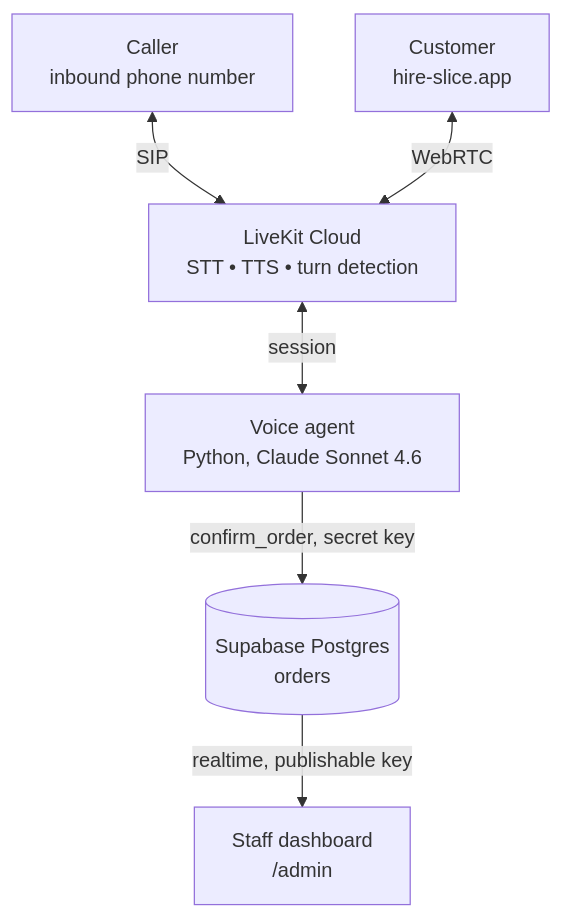
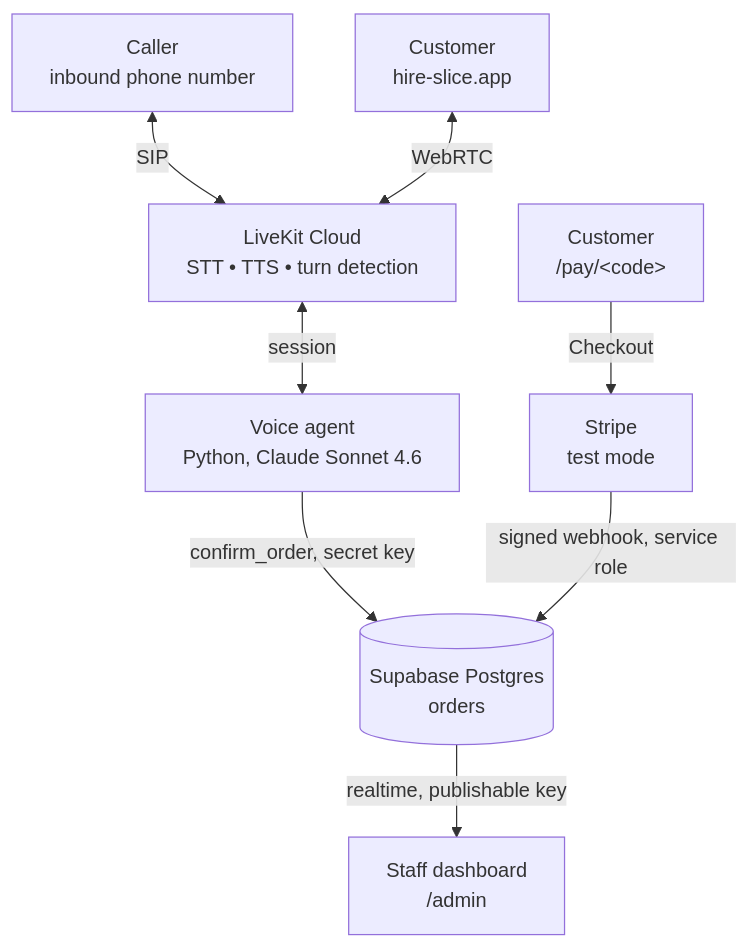
The diagram in README.md (matt2yu/livekit-demo), drawn with Mermaid before and after one commit. The commit also changed other lines of this file and 8 other files, not shown here.

````diff
--- a/README.md
+++ b/README.md
@@ -11,8 +11,10 @@
 ```mermaid
 flowchart TD
   Phone["Caller<br/>inbound phone number"] <-->|SIP| LK["LiveKit Cloud<br/>STT • TTS • turn detection"]
   Web["Customer<br/>hire-slice.app"] <-->|WebRTC| LK
   LK <-->|session| Agent["Voice agent<br/>Python, Claude Sonnet 4.6"]
   Agent -->|confirm_order, secret key| SB[("Supabase Postgres<br/>orders")]
   SB -->|realtime, publishable key| Admin["Staff dashboard<br/>/admin"]
+  Pay["Customer<br/>/pay/&lt;code&gt;"] -->|Checkout| Stripe["Stripe<br/>test mode"]
+  Stripe -->|signed webhook, service role| SB
 ```
````
